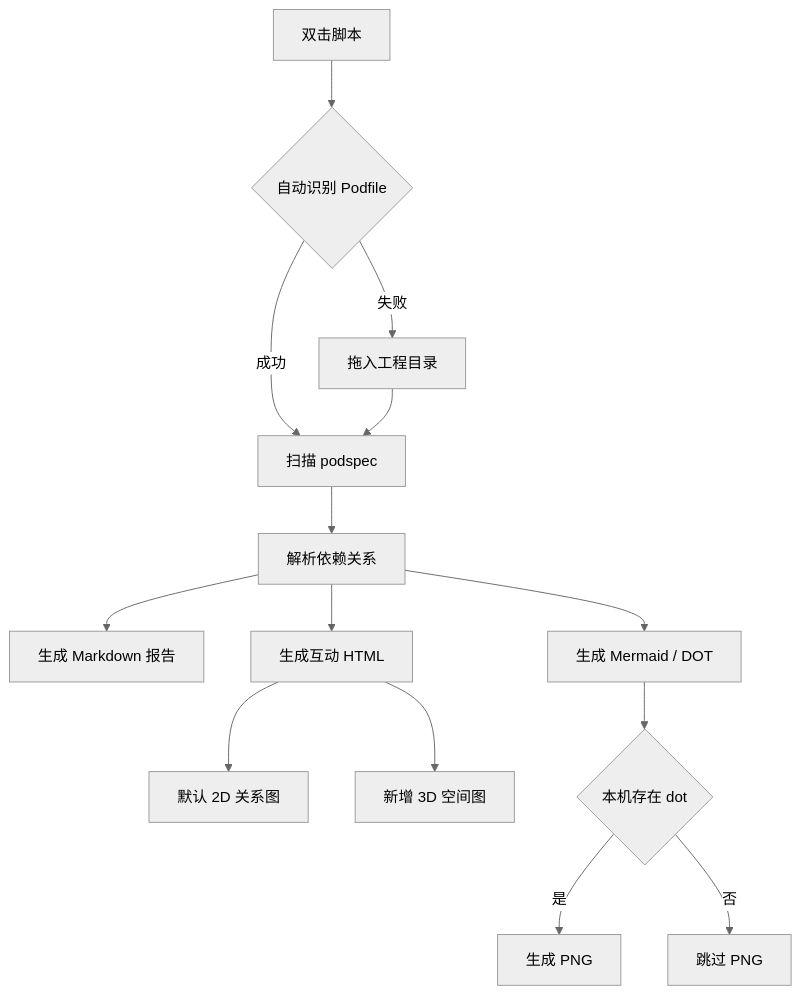
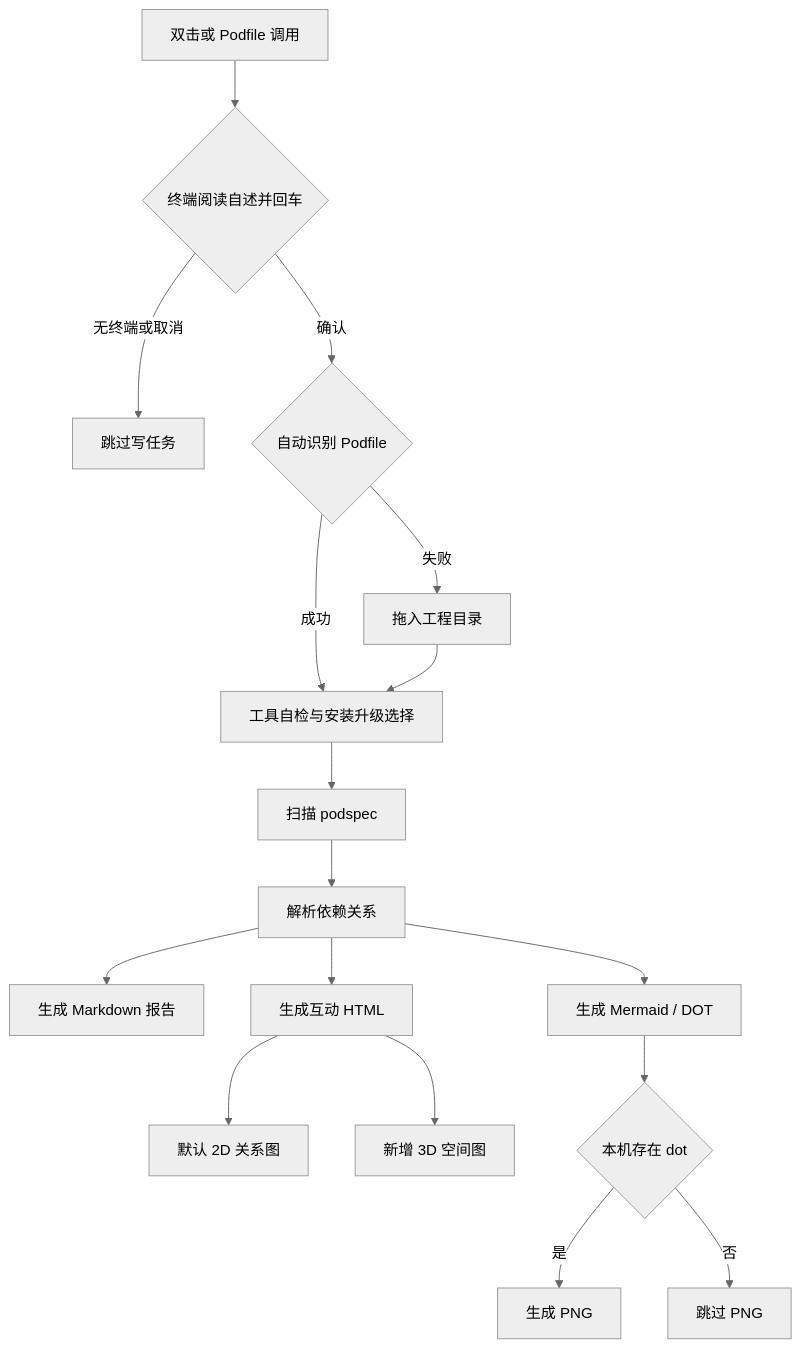
One commit to JobsKits/JobsOCBaseConfigDemo changed the diagram in ScriptsByPods/【MacOS】🔍查询Xcode工程依赖关系.command/README.md. Above: the diagram before and after it, drawn with Mermaid (neutral theme). The commit also changed other lines of this file and 18 other files, not shown here.

````diff
--- a/ScriptsByPods/【MacOS】🔍查询Xcode工程依赖关系.command/README.md
+++ b/ScriptsByPods/【MacOS】🔍查询Xcode工程依赖关系.command/README.md
@@ -111,16 +113,19 @@
 ```mermaid
 flowchart TD
-  A[双击脚本] --> B{自动识别 Podfile}
-  B -->|成功| C[扫描 podspec]
+  A[双击或 Podfile 调用] --> Q{终端阅读自述并回车}
+  Q -->|无终端或取消| X[跳过写任务]
+  Q -->|确认| B{自动识别 Podfile}
+  B -->|成功| T[工具自检与安装升级选择]
   B -->|失败| D[拖入工程目录]
-  D --> C
+  D --> T
+  T --> C[扫描 podspec]
   C --> E[解析依赖关系]
   E --> F[生成 Markdown 报告]
   E --> G[生成 Mermaid / DOT]
   E --> H[生成互动 HTML]
   H --> I[默认 2D 关系图]
   H --> J[新增 3D 空间图]
   G --> K{本机存在 dot}
   K -->|是| L[生成 PNG]
   K -->|否| M[跳过 PNG]
 ```
````
